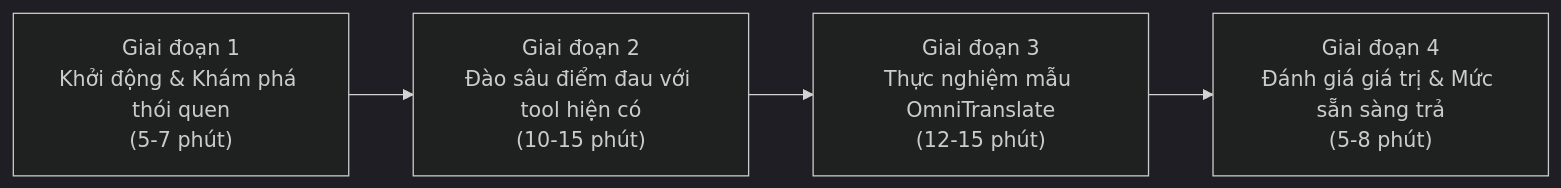
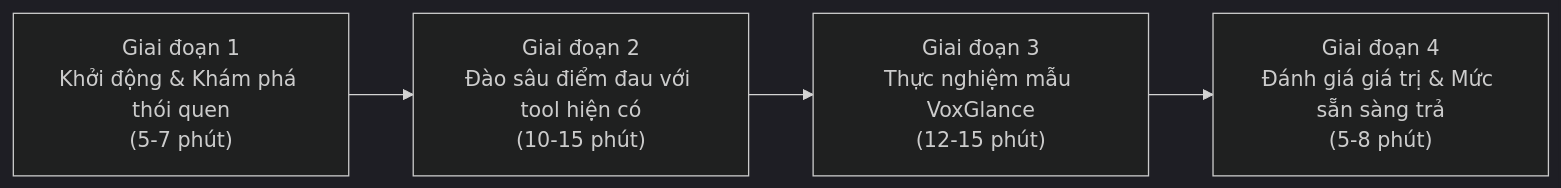
One commit to Kenny11423/VoxGlance changed the diagram in survey_and_feasibility/01_interview_framework_and_questions.md. Above: the diagram before and after it, drawn with Mermaid (dark theme). The commit also changed other lines of this file and 14 other files, not shown here.

Commit message:
chore: rename project from OmniTranslate to VoxGlance across codebase and feasibility docs

````diff
--- a/survey_and_feasibility/01_interview_framework_and_questions.md
+++ b/survey_and_feasibility/01_interview_framework_and_questions.md
@@ -57,6 +57,6 @@
 ```mermaid
 flowchart LR
     A["Giai đoạn 1\nKhởi động & Khám phá thói quen\n(5-7 phút)"] --> B["Giai đoạn 2\nĐào sâu điểm đau với tool hiện có\n(10-15 phút)"]
-    B --> C["Giai đoạn 3\nThực nghiệm mẫu OmniTranslate\n(12-15 phút)"]
+    B --> C["Giai đoạn 3\nThực nghiệm mẫu VoxGlance\n(12-15 phút)"]
     C --> D["Giai đoạn 4\nĐánh giá giá trị & Mức sẵn sàng trả\n(5-8 phút)"]
 ```
````
